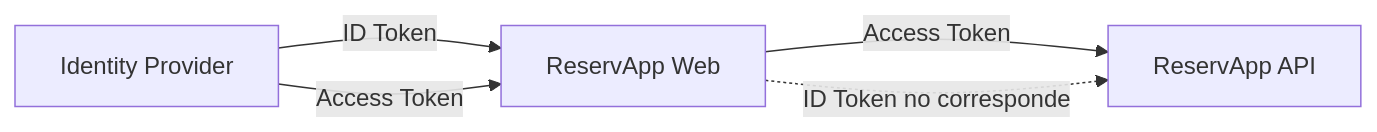
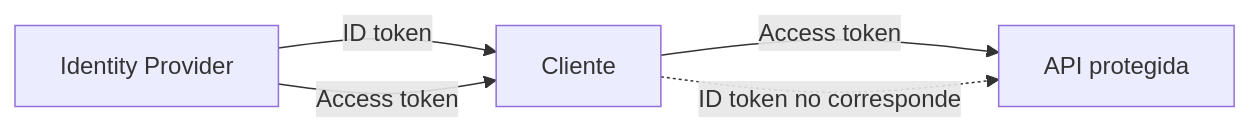
The fifth of 8 diagrams in semanas/semana-02/01-oauth2-oidc.md (cmartinezs/DSY1107-DESARROLLO-CLOUD-NATIVE-I-2026-2), drawn with Mermaid before and after one commit. The commit also changed other lines of this file, not shown here.

Commit message:
docs: fix OAuth/OIDC pedagogy and GitHub-safe Mermaid

````diff
--- a/semanas/semana-02/01-oauth2-oidc.md
+++ b/semanas/semana-02/01-oauth2-oidc.md
@@ -388,7 +139,7 @@
 ```mermaid
 flowchart LR
-    IDP[Identity Provider] -->|ID Token| CLIENT[ReservApp Web]
-    IDP -->|Access Token| CLIENT
-    CLIENT -->|Access Token| API[ReservApp API]
-    CLIENT -.->|ID Token no corresponde| API
+    IDP["Identity Provider"] -->|"ID token"| CLIENT["Cliente"]
+    IDP -->|"Access token"| CLIENT
+    CLIENT -->|"Access token"| API["API protegida"]
+    CLIENT -.->|"ID token no corresponde"| API
 ```
````
